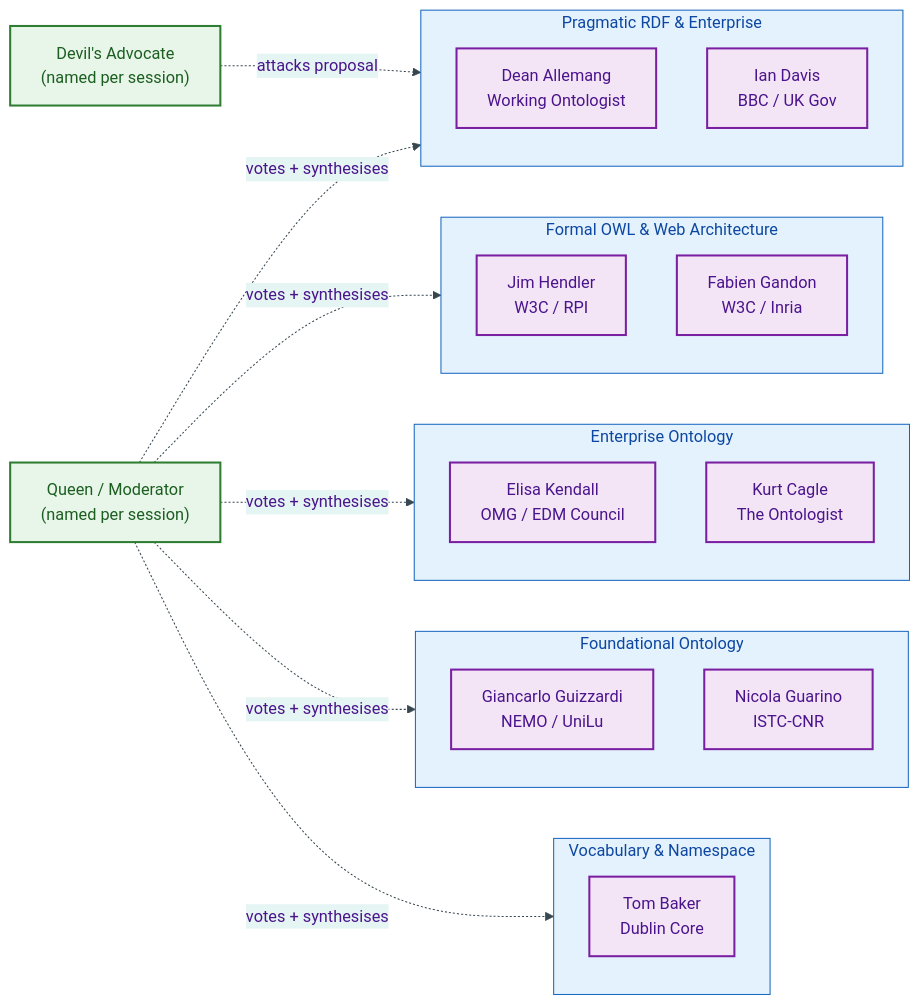
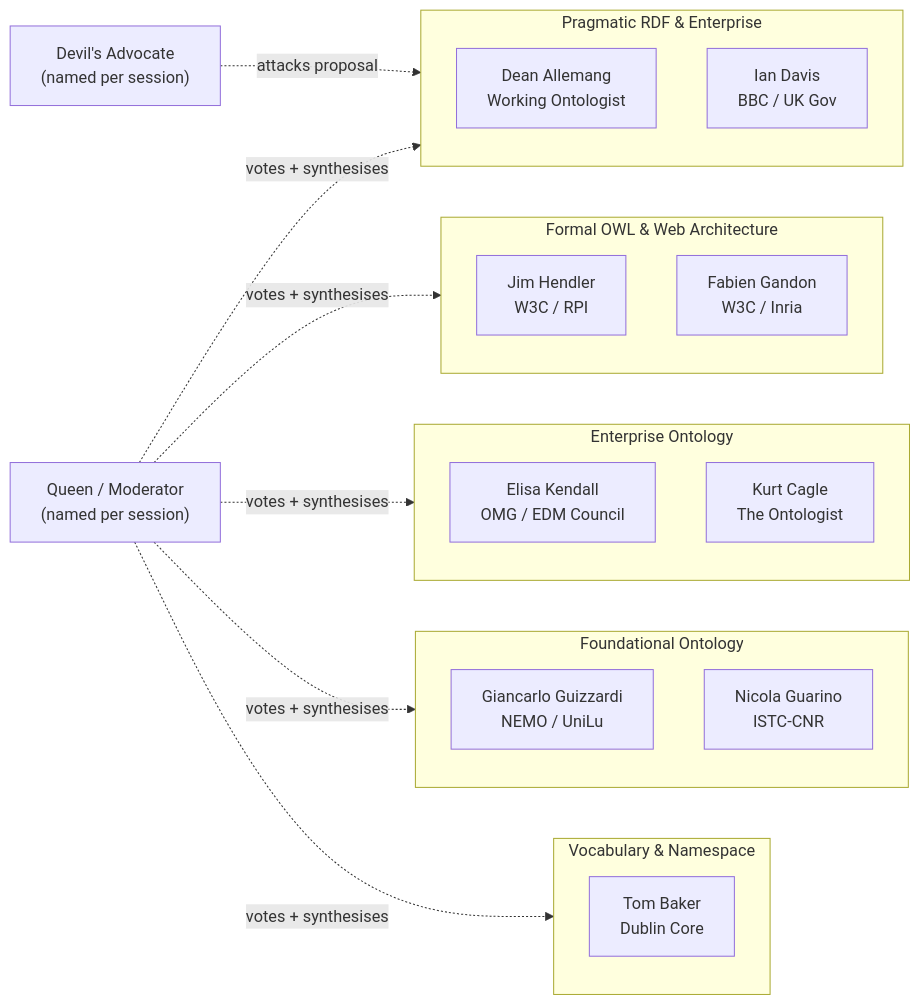
The second of 4 diagrams in docs/ontology/odr/ODR-0001-linked-data-council-methodology.md (sparkling/opda), drawn with Mermaid before and after one commit. The commit also changed other lines of this file and 25 other files, not shown here.

````diff
--- a/docs/ontology/odr/ODR-0001-linked-data-council-methodology.md
+++ b/docs/ontology/odr/ODR-0001-linked-data-council-methodology.md
@@ -85,44 +79,40 @@
 ```mermaid
-%%{init: {"theme": "base", "themeVariables": {"primaryColor": "#F3E5F5", "primaryTextColor": "#4A148C", "primaryBorderColor": "#7B1FA2", "lineColor": "#37474F"}}}%%
 flowchart LR
     accTitle: ODR-0001 Standing Panel Expertise Map
     accDescr: Map of the 9 standing panel experts grouped by their primary expertise cluster
 
-    classDef actor fill:#F3E5F5,stroke:#7B1FA2,stroke-width:2px,color:#4A148C
-    classDef cluster fill:#E3F2FD,stroke:#1565C0,stroke-width:1px,color:#0D47A1
-    classDef role fill:#E8F5E9,stroke:#2E7D32,stroke-width:2px,color:#1B5E20
 
-    QUEEN["Queen / Moderator<br/>(named per session)"]:::role
-    DA["Devil's Advocate<br/>(named per session)"]:::role
+    QUEEN["Queen / Moderator<br/>(named per session)"]:::service
+    DA["Devil's Advocate<br/>(named per session)"]:::service
 
     subgraph PragmaticRDF["Pragmatic RDF &amp; Enterprise"]
-        ALLE["Dean Allemang<br/>Working Ontologist"]:::actor
-        DAVIS["Ian Davis<br/>BBC / UK Gov"]:::actor
+        ALLE["Dean Allemang<br/>Working Ontologist"]:::user
+        DAVIS["Ian Davis<br/>BBC / UK Gov"]:::user
     end
 
     subgraph FormalOWL["Formal OWL &amp; Web Architecture"]
-        HENDLER["Jim Hendler<br/>W3C / RPI"]:::actor
-        GANDON["Fabien Gandon<br/>W3C / Inria"]:::actor
+        HENDLER["Jim Hendler<br/>W3C / RPI"]:::user
+        GANDON["Fabien Gandon<br/>W3C / Inria"]:::user
     end
 
     subgraph EnterpriseOntology["Enterprise Ontology"]
-        KENDALL["Elisa Kendall<br/>OMG / EDM Council"]:::actor
-        CAGLE["Kurt Cagle<br/>The Ontologist"]:::actor
+        KENDALL["Elisa Kendall<br/>OMG / EDM Council"]:::user
+        CAGLE["Kurt Cagle<br/>The Ontologist"]:::user
     end
 
     subgraph FoundationalOntology["Foundational Ontology"]
-        GUIZZARDI["Giancarlo Guizzardi<br/>NEMO / UniLu"]:::actor
-        GUARINO["Nicola Guarino<br/>ISTC-CNR"]:::actor
+        GUIZZARDI["Giancarlo Guizzardi<br/>NEMO / UniLu"]:::user
+        GUARINO["Nicola Guarino<br/>ISTC-CNR"]:::user
     end
 
     subgraph Vocabulary["Vocabulary &amp; Namespace"]
-        BAKER["Tom Baker<br/>Dublin Core"]:::actor
+        BAKER["Tom Baker<br/>Dublin Core"]:::user
     end
 
     QUEEN -.->|"votes + synthesises"| PragmaticRDF
     QUEEN -.->|"votes + synthesises"| FormalOWL
     QUEEN -.->|"votes + synthesises"| EnterpriseOntology
     QUEEN -.->|"votes + synthesises"| FoundationalOntology
     QUEEN -.->|"votes + synthesises"| Vocabulary
     DA -.->|"attacks proposal"| PragmaticRDF
 ```
````
